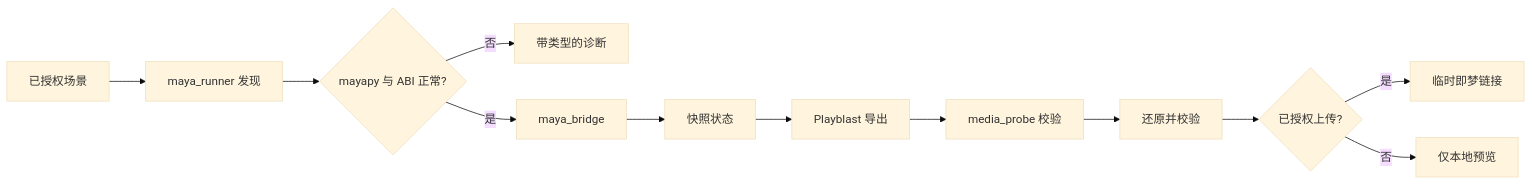
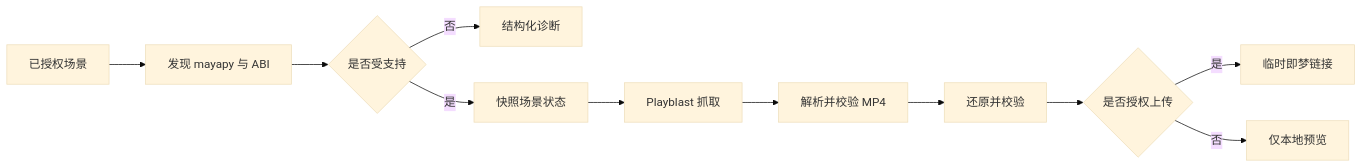
One commit to full-aigc-plugins/maya-design-plugin changed the diagram in README.zh-CN.md. Above: the diagram before and after it, drawn with Mermaid (base theme). The commit also changed other lines of this file and 3 other files, not shown here.

````diff
--- a/README.zh-CN.md
+++ b/README.zh-CN.md
@@ -106,14 +56,13 @@
 ```mermaid
 flowchart LR
-    A[已授权场景] --> B[maya_runner 发现]
-    B --> C{mayapy 与 ABI 正常?}
-    C -->|否| D[带类型的诊断]
-    C -->|是| E[maya_bridge]
-    E --> F[快照状态]
-    F --> G[Playblast 导出]
-    G --> H[media_probe 校验]
-    H --> I[还原并校验]
-    I --> J{已授权上传?}
-    J -->|是| K[临时即梦链接]
-    J -->|否| L[仅本地预览]
+    A[已授权场景] --> B[发现 mayapy 与 ABI]
+    B --> C{是否受支持}
+    C -->|否| D[结构化诊断]
+    C -->|是| E[快照场景状态]
+    E --> F[Playblast 抓取]
+    F --> G[解析并校验 MP4]
+    G --> H[还原并校验]
+    H --> I{是否授权上传}
+    I -->|是| J[临时即梦链接]
+    I -->|否| K[仅本地预览]
 ```
````
